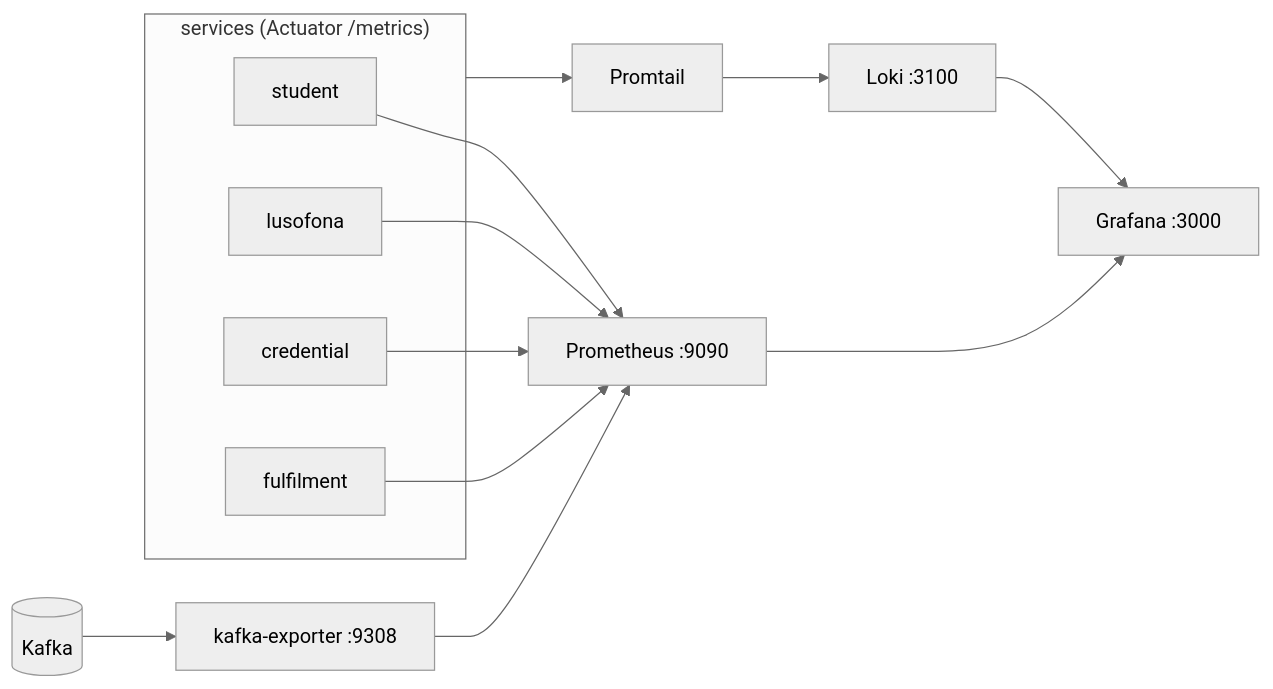
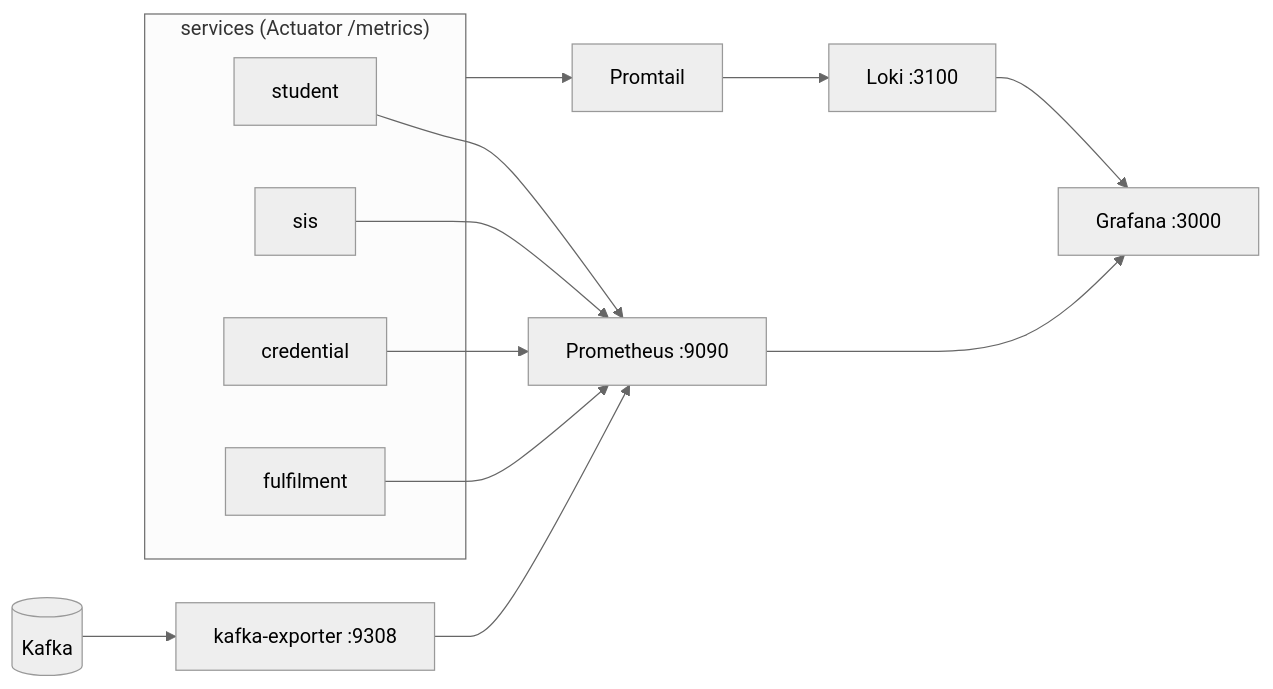
Before and after one commit to marcelogdomingues/ulht-dcs-public: diagram 16 of 16 in docs/ARCHITECTURE.md, drawn with Mermaid (neutral theme). The commit also changed other lines of this file and 600 other files, not shown here.

````diff
--- a/docs/ARCHITECTURE.md
+++ b/docs/ARCHITECTURE.md
@@ -741,19 +741,19 @@
 ```mermaid
 graph LR
     subgraph services["services (Actuator /metrics)"]
         s["student"]
-        l["lusofona"]
+        l["sis"]
         c["credential"]
         f["fulfilment"]
     end
     kafka[(Kafka)] --> kexp["kafka-exporter :9308"]
     s --> prom["Prometheus :9090"]
     l --> prom
     c --> prom
     f --> prom
     kexp --> prom
     services --> promtail["Promtail"]
     promtail --> loki["Loki :3100"]
     prom --> grafana["Grafana :3000"]
     loki --> grafana
 ```
````
